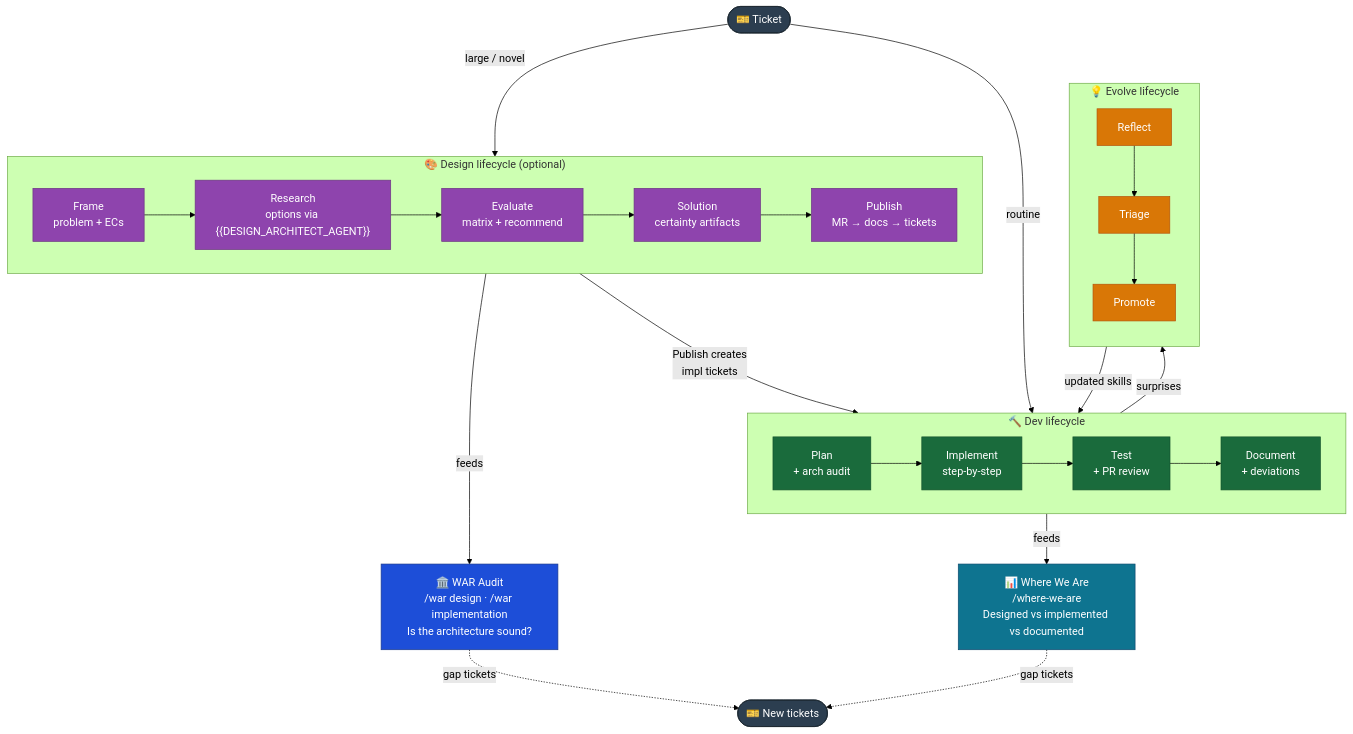
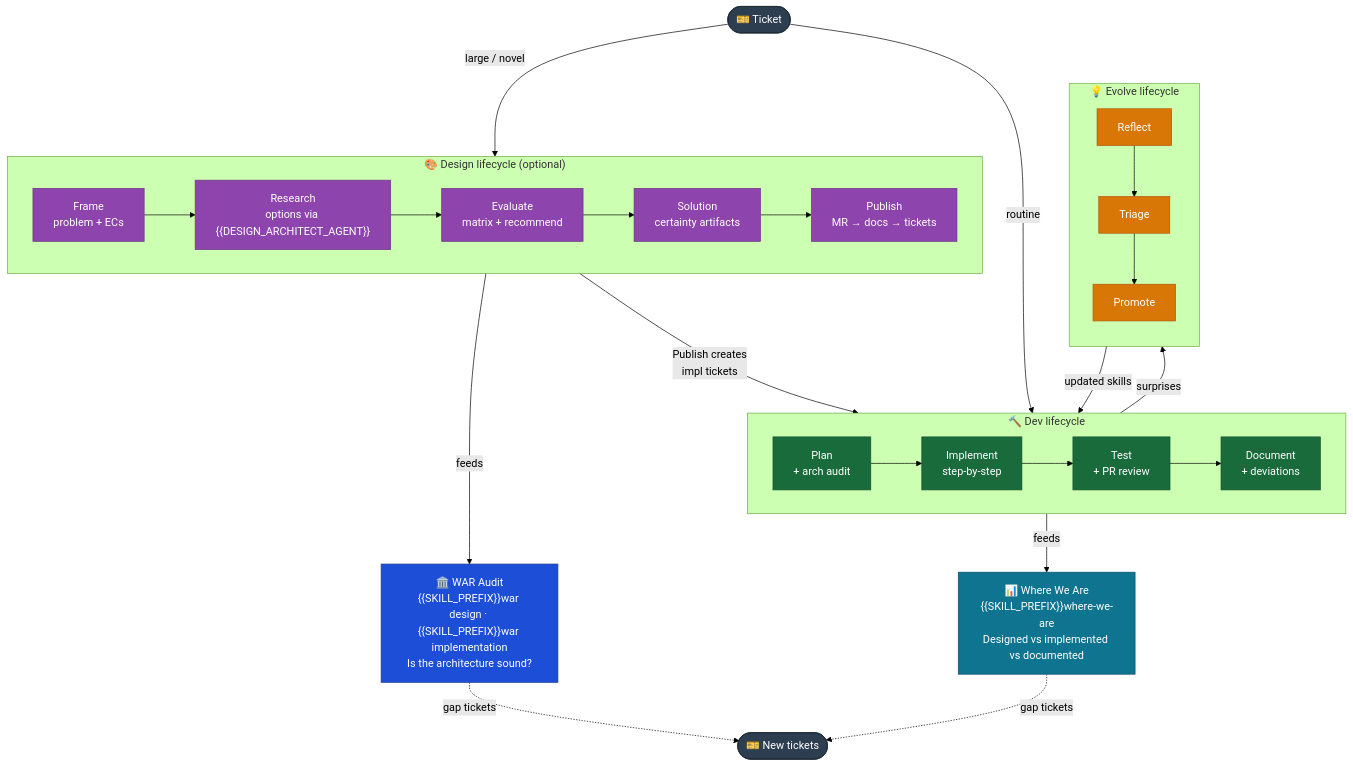
The diagram in .claude/skills/harness-bootstrap/canonical/docs/Engineering Guide/Lifecycles/00 Overview.md (DataArt/artisyn-implementation-harness), drawn with Mermaid (forest theme) before and after one commit. The commit also changed other lines of this file and 262 other files, not shown here.

````diff
--- a/.claude/skills/harness-bootstrap/canonical/docs/Engineering Guide/Lifecycles/00 Overview.md
+++ b/.claude/skills/harness-bootstrap/canonical/docs/Engineering Guide/Lifecycles/00 Overview.md
@@ -50,40 +53,40 @@
 ```mermaid
 flowchart TB
     TICKET(["🎫 Ticket"]):::ticket
 
     subgraph DESIGN ["  🎨 Design lifecycle (optional)  "]
         direction LR
         D1["Frame\nproblem + ECs"]:::design --> D2["Research\noptions via {{DESIGN_ARCHITECT_AGENT}}"]:::design --> D3["Evaluate\nmatrix + recommend"]:::design --> D4["Solution\ncertainty artifacts"]:::design --> D5["Publish\nMR → docs → tickets"]:::design
     end
 
     subgraph DEV ["  🔨 Dev lifecycle  "]
         direction LR
         V1["Plan\n+ arch audit"]:::dev --> V2["Implement\nstep-by-step"]:::dev --> V3["Test\n+ PR review"]:::dev --> V4["Document\n+ deviations"]:::dev
     end
 
     subgraph SKILL ["  💡 Evolve lifecycle  "]
         direction TB
         S1["Reflect"]:::skill --> S2["Triage"]:::skill --> S3["Promote"]:::skill
     end
 
-    WAR["🏛️ WAR Audit\n/war design · /war implementation\nIs the architecture sound?"]:::war
-    WWA["📊 Where We Are\n/where-we-are\nDesigned vs implemented vs documented"]:::wwa
+    WAR["🏛️ WAR Audit\n{{SKILL_PREFIX}}war design · {{SKILL_PREFIX}}war implementation\nIs the architecture sound?"]:::war
+    WWA["📊 Where We Are\n{{SKILL_PREFIX}}where-we-are\nDesigned vs implemented vs documented"]:::wwa
 
     TICKET -->|"large / novel"| DESIGN
     DESIGN -->|"Publish creates\nimpl tickets"| DEV
     TICKET -->|"routine"| DEV
     DESIGN -->|"feeds"| WAR
     DEV -->|"feeds"| WWA
     DEV -->|"surprises"| S1
     S3 -->|"updated skills"| DEV
     TICKET2(["🎫 New tickets"]):::ticket
     WAR -.->|"gap tickets"| TICKET2
     WWA -.->|"gap tickets"| TICKET2
 
     classDef ticket  fill:#2C3E50,stroke:#1A252F,color:#fff
     classDef design  fill:#8E44AD,stroke:#6C3483,color:#fff
     classDef dev     fill:#1A6B3C,stroke:#14532d,color:#fff
     classDef skill   fill:#D97706,stroke:#B45309,color:#fff
     classDef war     fill:#1D4ED8,stroke:#1e3a8a,color:#fff
     classDef wwa     fill:#0E7490,stroke:#0c4a6e,color:#fff
 ```
````
